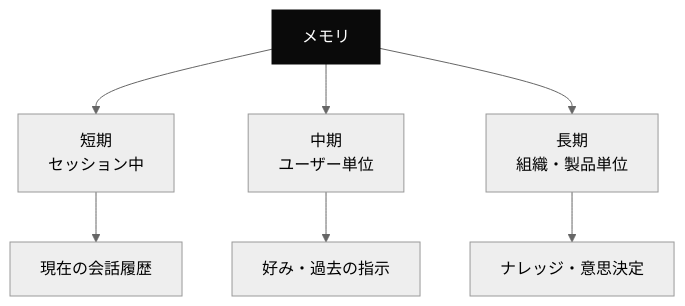
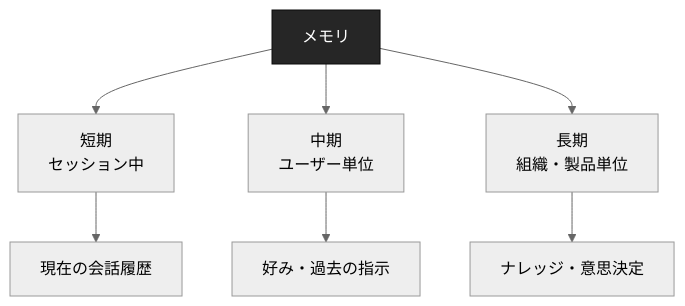
Before and after one commit to dinekt/dinekt-wiki: the first of 2 diagrams in docs/techniques/エージェントのメモリ設計-短期中期長期.md, drawn with Mermaid (neutral theme). The commit also changed 71 other files, not shown here.

First line of the commit message:
fix: mermaid readability + remove GitHub repo toolbar

````diff
--- a/docs/techniques/エージェントのメモリ設計-短期中期長期.md
+++ b/docs/techniques/エージェントのメモリ設計-短期中期長期.md
@@ -23,12 +23,12 @@
 ```mermaid
 flowchart TD
     M[メモリ] --> S[短期<br/>セッション中]
     M --> M2[中期<br/>ユーザー単位]
     M --> L[長期<br/>組織・製品単位]
 
     S --> S1[現在の会話履歴]
     M2 --> M2a[好み・過去の指示]
     L --> L1[ナレッジ・意思決定]
 
-    style M fill:#0a0a0a,color:#fff,stroke:#0a0a0a
+    style M fill:#262626,color:#fff,stroke:#0a0a0a
 ```
````
